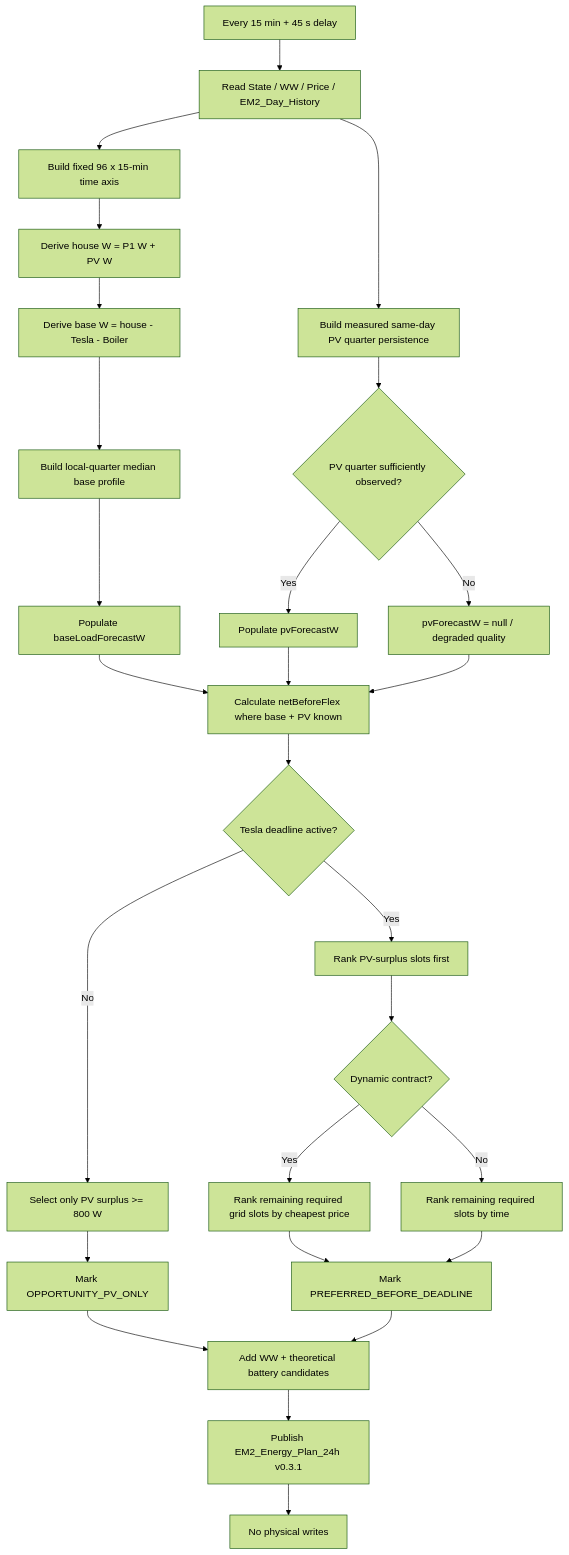
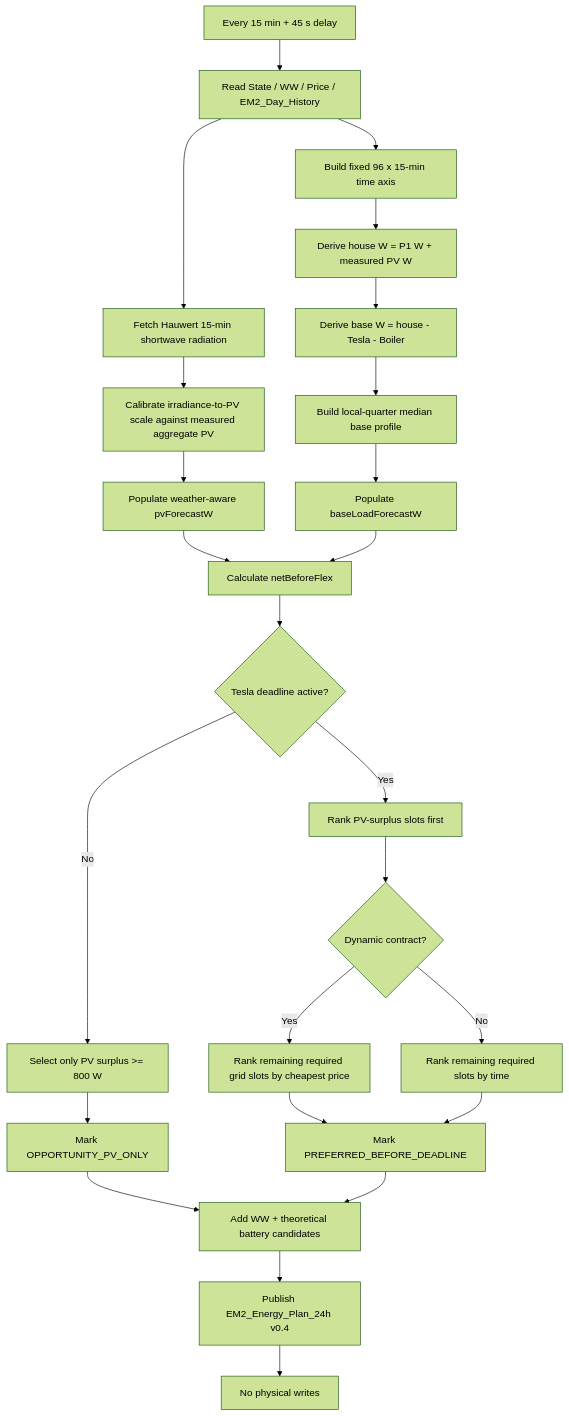
Before and after one commit to OnsKasteeltje/homey-energy-manual: the second of 9 diagrams in docs/software-architecture/flows/planner-power-intent-flow.md, drawn with Mermaid (forest theme). The commit also changed other lines of this file, not shown here.

Commit message:
docs: align planner flow with weather-aware v0.4 and PV-only opportunity

````diff
--- a/docs/software-architecture/flows/planner-power-intent-flow.md
+++ b/docs/software-architecture/flows/planner-power-intent-flow.md
@@ -90,29 +88,27 @@
 ```mermaid
 flowchart TD
     A[Every 15 min + 45 s delay] --> B[Read State / WW / Price / EM2_Day_History]
     B --> C[Build fixed 96 x 15-min time axis]
-    C --> D[Derive house W = P1 W + PV W]
+    C --> D[Derive house W = P1 W + measured PV W]
     D --> E[Derive base W = house - Tesla - Boiler]
     E --> F[Build local-quarter median base profile]
-    B --> G[Build measured same-day PV quarter persistence]
-    F --> H[Populate baseLoadForecastW]
-    G --> I{PV quarter sufficiently observed?}
-    I -->|Yes| J[Populate pvForecastW]
-    I -->|No| K[pvForecastW = null / degraded quality]
-    H --> L[Calculate netBeforeFlex where base + PV known]
-    J --> L
-    K --> L
-    L --> M{Tesla deadline active?}
-    M -->|No| N[Select only PV surplus >= 800 W]
-    N --> O[Mark OPPORTUNITY_PV_ONLY]
-    M -->|Yes| P[Rank PV-surplus slots first]
-    P --> Q{Dynamic contract?}
-    Q -->|Yes| R[Rank remaining required grid slots by cheapest price]
-    Q -->|No| S[Rank remaining required slots by time]
-    R --> T[Mark PREFERRED_BEFORE_DEADLINE]
+    B --> G[Fetch Hauwert 15-min shortwave radiation]
+    G --> H[Calibrate irradiance-to-PV scale against measured aggregate PV]
+    H --> I[Populate weather-aware pvForecastW]
+    F --> J[Populate baseLoadForecastW]
+    I --> K[Calculate netBeforeFlex]
+    J --> K
+    K --> L{Tesla deadline active?}
+    L -->|No| M[Select only PV surplus >= 800 W]
+    M --> N[Mark OPPORTUNITY_PV_ONLY]
+    L -->|Yes| O[Rank PV-surplus slots first]
+    O --> P{Dynamic contract?}
+    P -->|Yes| Q[Rank remaining required grid slots by cheapest price]
+    P -->|No| R[Rank remaining required slots by time]
+    Q --> S[Mark PREFERRED_BEFORE_DEADLINE]
+    R --> S
+    N --> T[Add WW + theoretical battery candidates]
     S --> T
-    O --> U[Add WW + theoretical battery candidates]
-    T --> U
-    U --> V[Publish EM2_Energy_Plan_24h v0.3.1]
-    V --> W[No physical writes]
+    T --> U[Publish EM2_Energy_Plan_24h v0.4]
+    U --> V[No physical writes]
 ```
````
